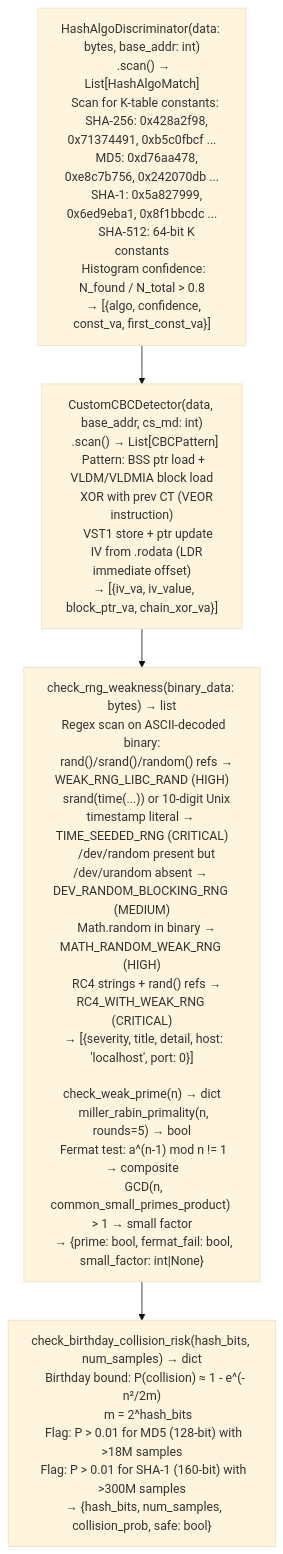
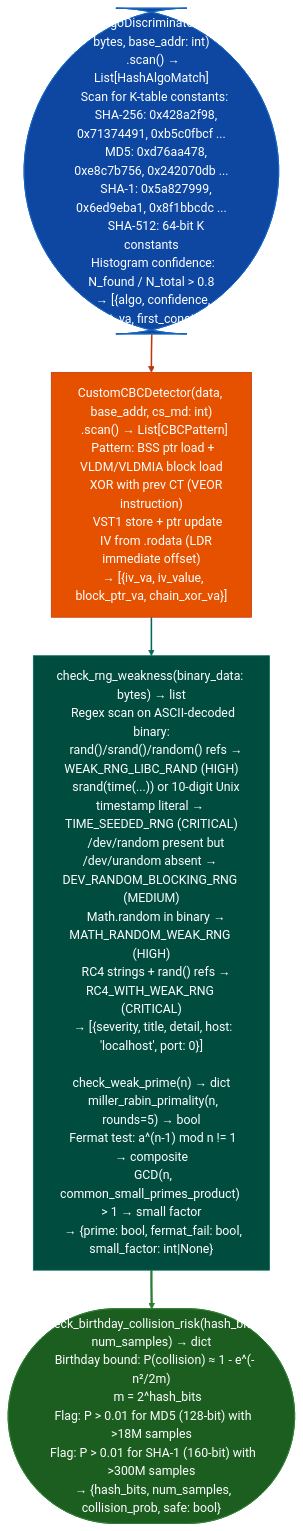
The diagram in docs/reference-modules/rsa-ecdsa-and-randomness-checks.md (Ablation-Tool/ablation), drawn with Mermaid (base theme) before and after one commit. The commit also changed 320 other files, not shown here.

First line of the commit message:
docs: apply canonical Mermaid template to all 321 diagrams

````diff
--- a/docs/reference-modules/rsa-ecdsa-and-randomness-checks.md
+++ b/docs/reference-modules/rsa-ecdsa-and-randomness-checks.md
@@ -19,6 +19,15 @@
 ```mermaid
 flowchart TD
-    A["HashAlgoDiscriminator(data: bytes, base_addr: int)\n  .scan() → List[HashAlgoMatch]\n  Scan for K-table constants:\n    SHA-256: 0x428a2f98, 0x71374491, 0xb5c0fbcf ...\n    MD5: 0xd76aa478, 0xe8c7b756, 0x242070db ...\n    SHA-1: 0x5a827999, 0x6ed9eba1, 0x8f1bbcdc ...\n    SHA-512: 64-bit K constants\n  Histogram confidence: N_found / N_total > 0.8\n  → [{algo, confidence, const_va, first_const_va}]"] --> B["CustomCBCDetector(data, base_addr, cs_md: int)\n  .scan() → List[CBCPattern]\n  Pattern: BSS ptr load + VLDM/VLDMIA block load\n    XOR with prev CT (VEOR instruction)\n    VST1 store + ptr update\n    IV from .rodata (LDR immediate offset)\n  → [{iv_va, iv_value, block_ptr_va, chain_xor_va}]"]
-    B --> C["check_rng_weakness(binary_data: bytes) → list\n  Regex scan on ASCII-decoded binary:\n    rand()/srand()/random() refs → WEAK_RNG_LIBC_RAND (HIGH)\n    srand(time(...)) or 10-digit Unix timestamp literal → TIME_SEEDED_RNG (CRITICAL)\n    /dev/random present but /dev/urandom absent → DEV_RANDOM_BLOCKING_RNG (MEDIUM)\n    Math.random in binary → MATH_RANDOM_WEAK_RNG (HIGH)\n    RC4 strings + rand() refs → RC4_WITH_WEAK_RNG (CRITICAL)\n  → [{severity, title, detail, host: 'localhost', port: 0}]\n\ncheck_weak_prime(n) → dict\n  miller_rabin_primality(n, rounds=5) → bool\n  Fermat test: a^(n-1) mod n != 1 → composite\n  GCD(n, common_small_primes_product) > 1 → small factor\n  → {prime: bool, fermat_fail: bool, small_factor: int|None}"]
-    C --> D["check_birthday_collision_risk(hash_bits, num_samples) → dict\n  Birthday bound: P(collision) ≈ 1 - e^(-n²/2m)\n    m = 2^hash_bits\n  Flag: P > 0.01 for MD5 (128-bit) with >18M samples\n  Flag: P > 0.01 for SHA-1 (160-bit) with >300M samples\n  → {hash_bits, num_samples, collision_prob, safe: bool}"]
+    A(["HashAlgoDiscriminator(data: bytes, base_addr: int)\n  .scan() → List[HashAlgoMatch]\n  Scan for K-table constants:\n    SHA-256: 0x428a2f98, 0x71374491, 0xb5c0fbcf ...\n    MD5: 0xd76aa478, 0xe8c7b756, 0x242070db ...\n    SHA-1: 0x5a827999, 0x6ed9eba1, 0x8f1bbcdc ...\n    SHA-512: 64-bit K constants\n  Histogram confidence: N_found / N_total > 0.8\n  → [{algo, confidence, const_va, first_const_va}]"]):::input --> B["CustomCBCDetector(data, base_addr, cs_md: int)\n  .scan() → List[CBCPattern]\n  Pattern: BSS ptr load + VLDM/VLDMIA block load\n    XOR with prev CT (VEOR instruction)\n    VST1 store + ptr update\n    IV from .rodata (LDR immediate offset)\n  → [{iv_va, iv_value, block_ptr_va, chain_xor_va}]"]:::primary
+    B:::primary --> C["check_rng_weakness(binary_data: bytes) → list\n  Regex scan on ASCII-decoded binary:\n    rand()/srand()/random() refs → WEAK_RNG_LIBC_RAND (HIGH)\n    srand(time(...)) or 10-digit Unix timestamp literal → TIME_SEEDED_RNG (CRITICAL)\n    /dev/random present but /dev/urandom absent → DEV_RANDOM_BLOCKING_RNG (MEDIUM)\n    Math.random in binary → MATH_RANDOM_WEAK_RNG (HIGH)\n    RC4 strings + rand() refs → RC4_WITH_WEAK_RNG (CRITICAL)\n  → [{severity, title, detail, host: 'localhost', port: 0}]\n\ncheck_weak_prime(n) → dict\n  miller_rabin_primality(n, rounds=5) → bool\n  Fermat test: a^(n-1) mod n != 1 → composite\n  GCD(n, common_small_primes_product) > 1 → small factor\n  → {prime: bool, fermat_fail: bool, small_factor: int|None}"]:::secondary
+    C:::secondary --> D(["check_birthday_collision_risk(hash_bits, num_samples) → dict\n  Birthday bound: P(collision) ≈ 1 - e^(-n²/2m)\n    m = 2^hash_bits\n  Flag: P > 0.01 for MD5 (128-bit) with >18M samples\n  Flag: P > 0.01 for SHA-1 (160-bit) with >300M samples\n  → {hash_bits, num_samples, collision_prob, safe: bool}"]):::output
+    classDef input     fill:#0d47a1,stroke:#1565c0,color:#fff
+    classDef primary   fill:#e65100,stroke:#bf360c,color:#fff
+    classDef secondary fill:#004d40,stroke:#00695c,color:#fff
+    classDef tertiary  fill:#4a148c,stroke:#6a1b9a,color:#fff
+    classDef neutral   fill:#37474f,stroke:#546e7a,color:#fff
+    classDef output    fill:#1b5e20,stroke:#2e7d32,color:#fff
+    linkStyle 0 stroke:#bf360c,stroke-width:2px
+    linkStyle 1 stroke:#00695c,stroke-width:2px
+    linkStyle 2 stroke:#2e7d32,stroke-width:3px
 ```
````
